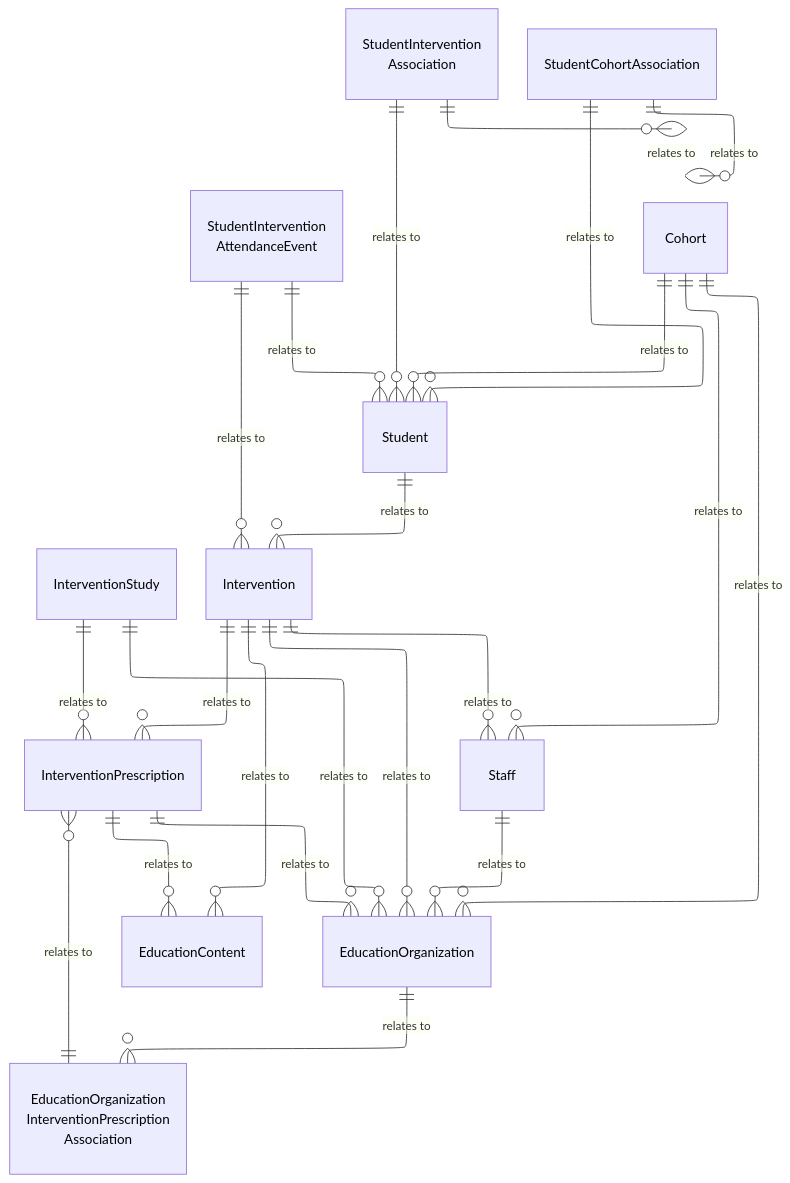
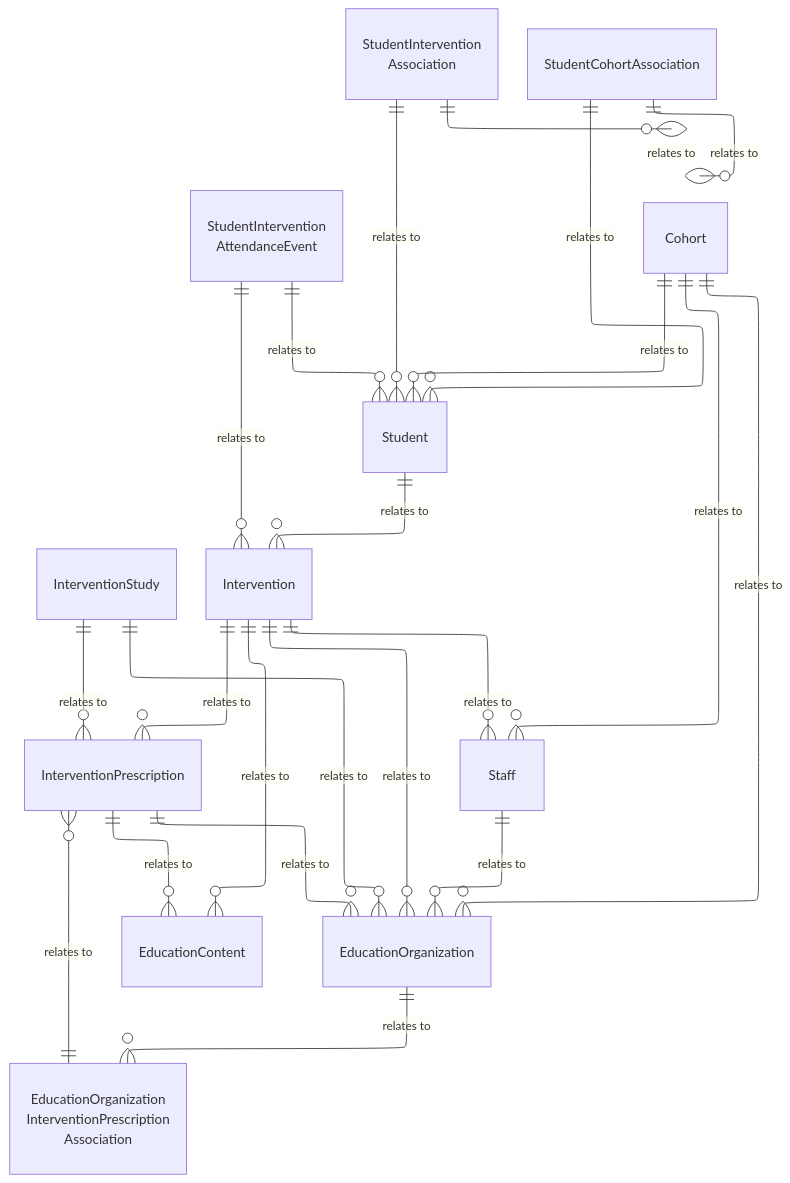
The diagram in dataStandard_versioned_docs/version-6/model-reference/intervention-domain/model-diagrams.md (Ed-Fi-Alliance-OSS/ed-fi-alliance-oss.github.io), drawn with Mermaid before and after one commit. The commit also changed 24 other files, not shown here.

````diff
--- a/dataStandard_versioned_docs/version-6/model-reference/intervention-domain/model-diagrams.md
+++ b/dataStandard_versioned_docs/version-6/model-reference/intervention-domain/model-diagrams.md
@@ -10,64 +10,52 @@
 ```mermaid
 ---
 config:
   layout: elk
 ---
 erDiagram
     InterventionStudy {
     }
     EducationContent {
     }
     InterventionPrescription {
     }
     Intervention {
     }
     EducationOrganizationInterventionPrescriptionAssociation["EducationOrganization<br/>InterventionPrescription<br/>Association"] {
     }
     StudentInterventionAssociation["StudentIntervention<br/>Association"] {
     }
     StudentInterventionAttendanceEvent["StudentIntervention<br/>AttendanceEvent"] {
     }
     StudentCohortAssociation {
     }
     Cohort {
     }
     Student {
     }
     EducationOrganization {
     }
     Staff {
     }
     Intervention ||--o{ InterventionPrescription : "relates to"
     Intervention ||--o{ EducationContent : "relates to"
     Intervention ||--o{ EducationOrganization : "relates to"
     Intervention ||--o{ Staff : "relates to"
     InterventionPrescription ||--o{ EducationContent : "relates to"
     InterventionPrescription ||--o{ EducationOrganization : "relates to"
     InterventionStudy ||--o{ InterventionPrescription : "relates to"
     InterventionStudy ||--o{ EducationOrganization : "relates to"
     EducationOrganization ||--o{ EducationOrganizationInterventionPrescriptionAssociation : "relates to"
     EducationOrganizationInterventionPrescriptionAssociation ||--o{ InterventionPrescription : "relates to"
     Student ||--o{ Intervention : "relates to"
     StudentInterventionAssociation ||--o{ Student : "relates to"
     StudentInterventionAssociation ||--o{ Cohort : "relates to"
     StudentInterventionAttendanceEvent ||--o{ Student : "relates to"
     StudentInterventionAttendanceEvent ||--o{ Intervention : "relates to"
     StudentCohortAssociation ||--o{ Student : "relates to"
     StudentCohortAssociation ||--o{ Cohort : "relates to"
     Cohort ||--o{ EducationOrganization : "relates to"
     Cohort ||--o{ Student : "relates to"
     Cohort ||--o{ Staff : "relates to"
     Staff ||--o{ EducationOrganization : "relates to"
-    style InterventionStudy color:#000000
-    style EducationContent color:#000000
-    style InterventionPrescription color:#000000
-    style Intervention color:#000000
-    style EducationOrganizationInterventionPrescriptionAssociation color:#000000
-    style StudentInterventionAssociation color:#000000
-    style StudentInterventionAttendanceEvent color:#000000
-    style StudentCohortAssociation color:#000000
-    style Cohort color:#000000
-    style Student color:#000000
-    style EducationOrganization color:#000000
-    style Staff color:#000000
 ```
````
